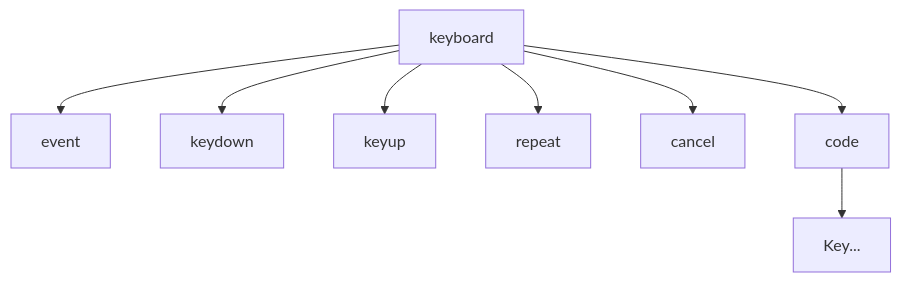
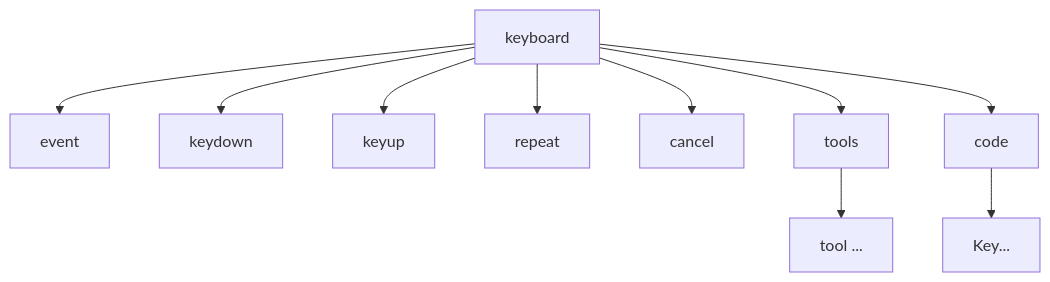
One commit to Frank-Steven/HoundWhiteboard changed the diagram in src/core/devices/docs/keyboard-device-document.md. Above: the diagram before and after it, drawn with Mermaid. The commit also changed other lines of this file and 11 other files, not shown here.

````diff
--- a/src/core/devices/docs/keyboard-device-document.md
+++ b/src/core/devices/docs/keyboard-device-document.md
@@ -44,10 +44,12 @@
 ```mermaid
 graph TD
   keyboard --> event
   keyboard --> keydown
   keyboard --> keyup
   keyboard --> repeat
   keyboard --> cancel
+  keyboard --> tools
   keyboard --> code
-  code --> Key...
+  code --> key[Key...]
+  tools --> toolPath[tool ...]
 ```
````
